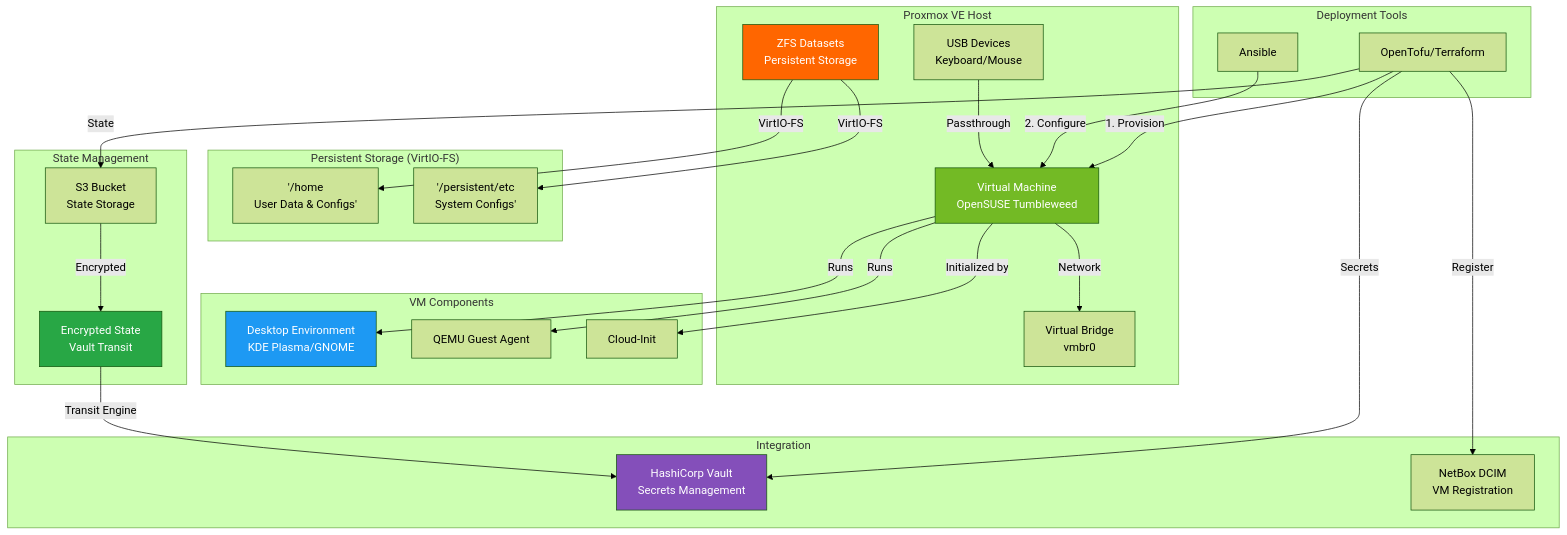
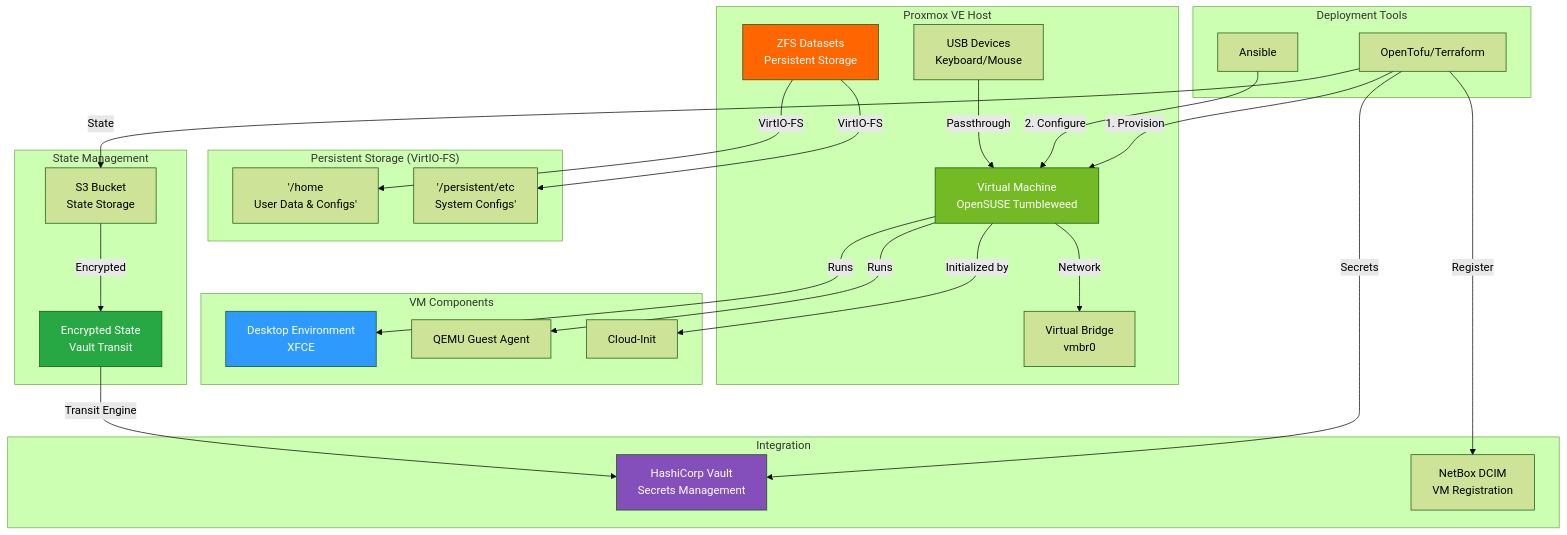
The diagram in vm_opensuseTumbleweed/README.md (jegorik/HomeLab-Proxmox-Restructured-), drawn with Mermaid (forest theme) before and after one commit. The commit also changed other lines of this file and 15 other files, not shown here.

Commit message:
feat: Update OpenSUSE Tumbleweed VM to use XFCE desktop environment, enhance GPU passthrough support, and improve software installation process

````diff
--- a/vm_opensuseTumbleweed/README.md
+++ b/vm_opensuseTumbleweed/README.md
@@ -56,57 +56,57 @@
 ```mermaid
 graph TB
     subgraph "Deployment Tools"
         A[OpenTofu/Terraform]
         B[Ansible]
     end
     
     subgraph "Proxmox VE Host"
         C[Virtual Machine<br/>OpenSUSE Tumbleweed]
         D[Virtual Bridge<br/>vmbr0]
         E[USB Devices<br/>Keyboard/Mouse]
         Z[ZFS Datasets<br/>Persistent Storage]
     end
     
     subgraph "VM Components"
-        F[Desktop Environment<br/>KDE Plasma/GNOME]
+        F[Desktop Environment<br/>XFCE]
         G[QEMU Guest Agent]
         H[Cloud-Init]
     end
     
     subgraph "Persistent Storage (VirtIO-FS)"
         P1['/home<br/>User Data & Configs']
         P2['/persistent/etc<br/>System Configs']
     end
     
     subgraph "State Management"
         J[S3 Bucket<br/>State Storage]
         K[Encrypted State<br/>Vault Transit]
     end
     
     subgraph "Integration"
         L[HashiCorp Vault<br/>Secrets Management]
         M[NetBox DCIM<br/>VM Registration]
     end
     
     A -->|1. Provision| C
     A -->|State| J
     J -->|Encrypted| K
     C -->|Network| D
     B -->|2. Configure| C
     C -->|Runs| F
     C -->|Runs| G
     C -->|Initialized by| H
     Z -->|VirtIO-FS| P1
     Z -->|VirtIO-FS| P2
     E -->|Passthrough| C
     
     A -->|Secrets| L
     A -->|Register| M
     K -->|Transit Engine| L
     
     style C fill:#73BA25,color:#fff
-    style F fill:#1d99f3,color:#fff
+    style F fill:#2e9afe,color:#fff
     style K fill:#28a745,color:#fff
     style L fill:#844fba,color:#fff
     style Z fill:#ff6600,color:#fff
 ```
````
